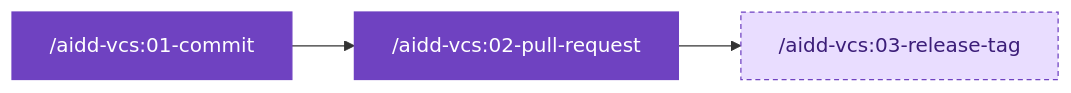
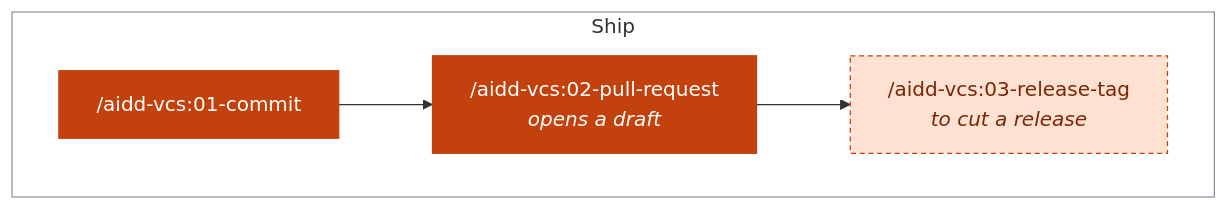
The fifth of 9 diagrams in docs/GUIDES.md (ai-driven-dev/framework), drawn with Mermaid before and after one commit. The commit also changed other lines of this file and 18 other files, not shown here.

First line of the commit message:
docs: show the human in the loop and trim every document to tables and diagrams

````diff
--- a/docs/GUIDES.md
+++ b/docs/GUIDES.md
@@ -68,8 +141,18 @@
 ```mermaid
-flowchart LR
-  n0["/aidd-vcs:01-commit"] --> n1["/aidd-vcs:02-pull-request"] --> n2["/aidd-vcs:03-release-tag"]
-  classDef step fill:#6f42c1,stroke:#6f42c1,color:#fff
-  classDef opt fill:#e9ddff,stroke:#6f42c1,stroke-dasharray:4 3,color:#3b1d78
-  class n0,n1 step
-  class n2 opt
+flowchart TD
+  subgraph z0["Ship"]
+    direction LR
+    n0["/aidd-vcs:01-commit"] --> n1["/aidd-vcs:02-pull-request<br/><i>opens a draft</i>"] --> n2["/aidd-vcs:03-release-tag<br/><i>to cut a release</i>"]
+  end
+  classDef spec fill:#0b7285,stroke:#0b7285,color:#fff
+  classDef specOpt fill:#cff4fc,stroke:#0b7285,stroke-dasharray:4 3,color:#0b4a57
+  classDef code fill:#6f42c1,stroke:#6f42c1,color:#fff
+  classDef codeOpt fill:#e9ddff,stroke:#6f42c1,stroke-dasharray:4 3,color:#3b1d78
+  classDef ship fill:#c2410c,stroke:#c2410c,color:#fff
+  classDef shipOpt fill:#ffe1d1,stroke:#c2410c,stroke-dasharray:4 3,color:#7a2606
+  classDef plain fill:#0969da,stroke:#0969da,color:#fff
+  classDef plainOpt fill:#ddf4ff,stroke:#0969da,stroke-dasharray:4 3,color:#0a3069
+  class n0,n1 ship
+  class n2 shipOpt
+  style z0 fill:none,stroke:#8c959f
 ```
````
